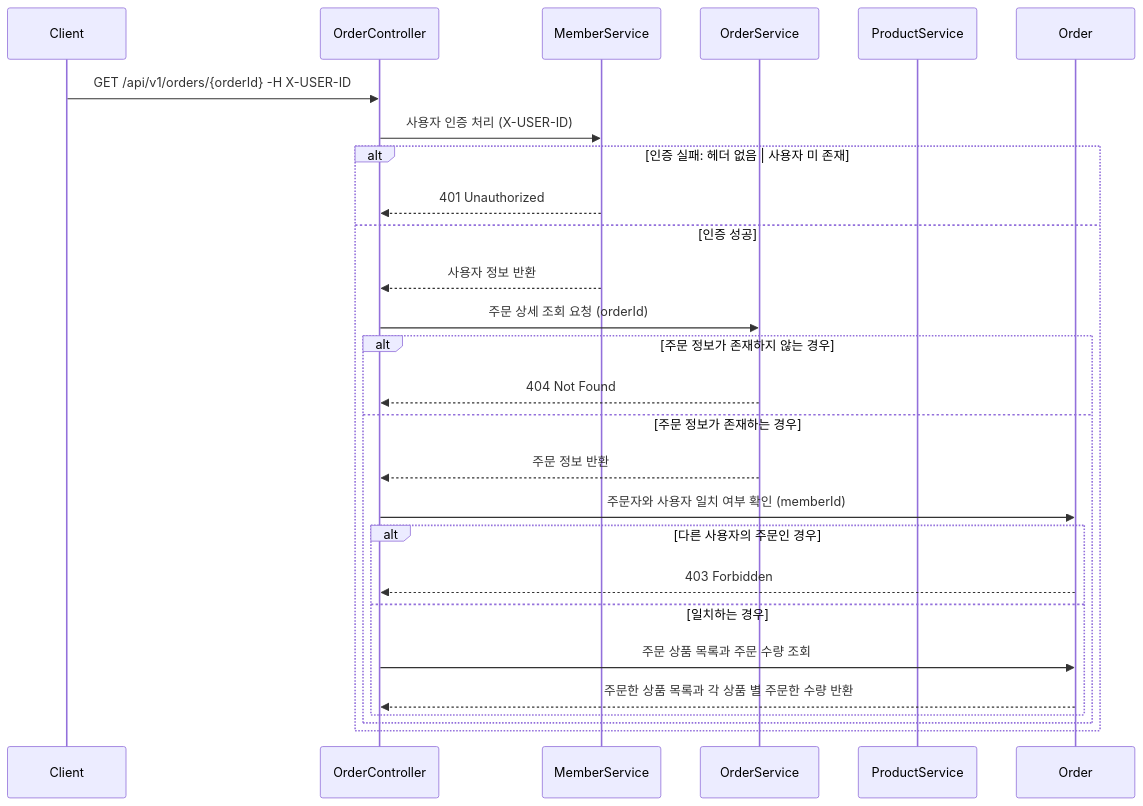
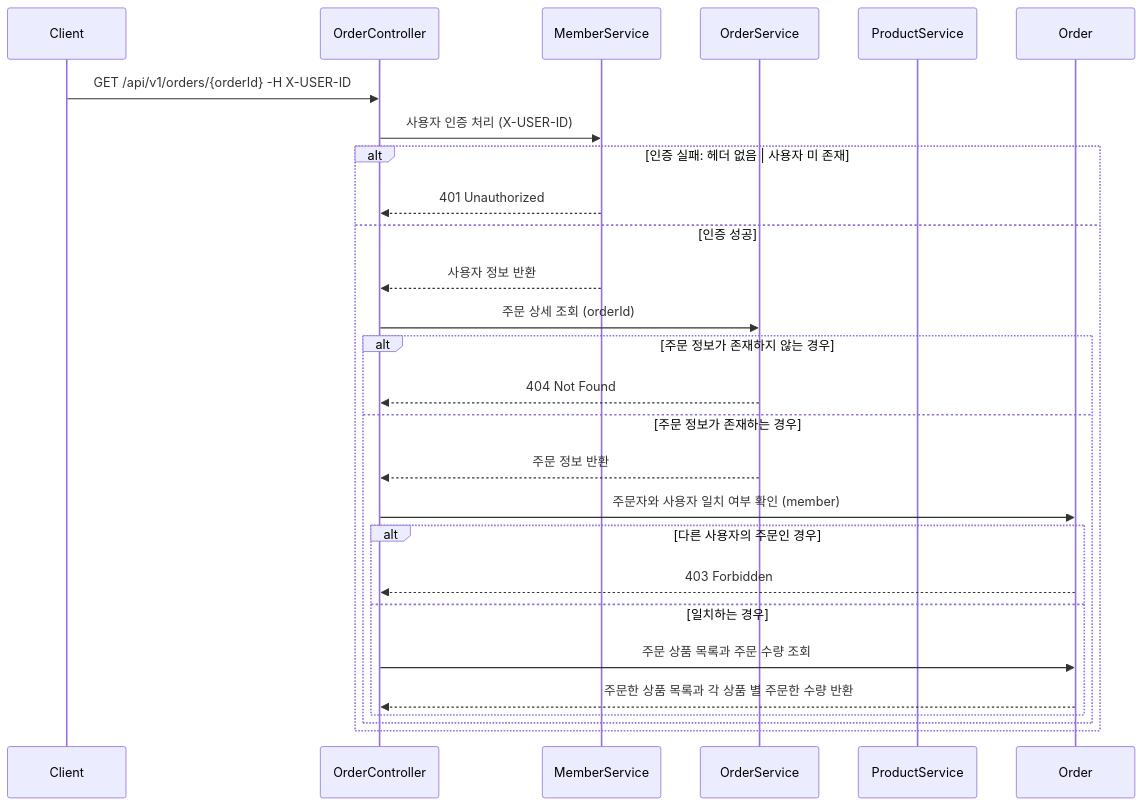
One commit to dhgu-dev/e-commerce changed the ninth of 9 diagrams in docs/design/02-sequence-diagrams.md. Above: the diagram before and after it, drawn with Mermaid. The commit also changed other lines of this file and 3 other files, not shown here.

First line of the commit message:
docs: 시퀀스 및 클래스 다이어그램 개선 (#11)

````diff
--- a/docs/design/02-sequence-diagrams.md
+++ b/docs/design/02-sequence-diagrams.md
@@ -288,30 +292,30 @@
 ```mermaid
 sequenceDiagram
     participant C as Client
     participant OC as OrderController
     participant MS as MemberService
     participant OS as OrderService
     participant PS as ProductService
     participant O as Order
 
     C->>OC: GET /api/v1/orders/{orderId} -H X-USER-ID
     OC->>MS: 사용자 인증 처리 (X-USER-ID)
     alt 인증 실패: 헤더 없음 | 사용자 미 존재
         MS-->>OC: 401 Unauthorized
     else 인증 성공
         MS-->>OC: 사용자 정보 반환
-        OC->>OS: 주문 상세 조회 요청 (orderId)
+        OC->>OS: 주문 상세 조회 (orderId)
         alt 주문 정보가 존재하지 않는 경우
             OS-->>OC: 404 Not Found
         else 주문 정보가 존재하는 경우
             OS-->>OC: 주문 정보 반환
-            OC->>O: 주문자와 사용자 일치 여부 확인 (memberId)
+            OC->>O: 주문자와 사용자 일치 여부 확인 (member)
             alt 다른 사용자의 주문인 경우
                 O-->>OC: 403 Forbidden
             else 일치하는 경우
                 OC->>O: 주문 상품 목록과 주문 수량 조회
                 O-->>OC: 주문한 상품 목록과 각 상품 별 주문한 수량 반환
             end
         end
     end
 ```
````
